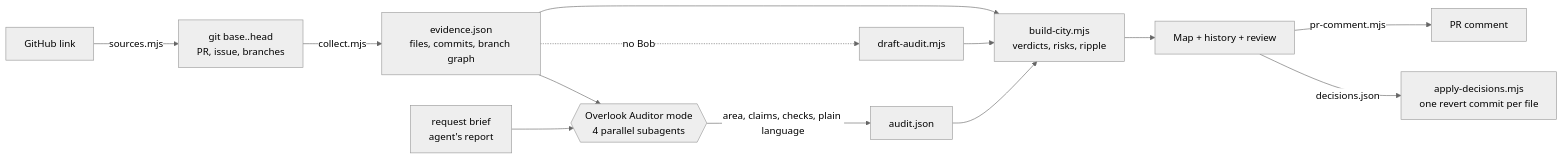
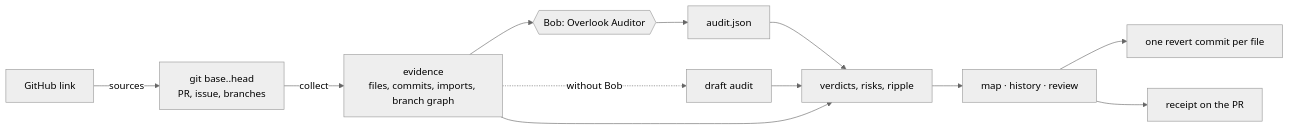
The second of 2 diagrams in README.md (JONGSKY/Overlook), drawn with Mermaid (neutral theme) before and after one commit. The commit also changed other lines of this file and 1 other file, not shown here.

Commit message:
docs: rewrite the README around what reviewers see, real results and how we used Bob

````diff
--- a/README.md
+++ b/README.md
@@ -194,15 +202,14 @@
 ```mermaid
 flowchart LR
-  L[GitHub link] -->|sources.mjs| A[git base..head<br/>PR, issue, branches]
-  A -->|collect.mjs| B[evidence.json<br/>files, commits, branch graph]
-  R[request brief<br/>agent's report] --> C
-  B --> C{{Overlook Auditor mode<br/>4 parallel subagents}}
-  C -->|area, claims, checks, plain language| D[audit.json]
-  B -.no Bob.-> DA[draft-audit.mjs]
-  B --> E[build-city.mjs<br/>verdicts, risks, ripple]
-  D --> E
+  L[GitHub link] -->|sources| A[git base..head<br/>PR, issue, branches]
+  A -->|collect| B[evidence<br/>files, commits, imports, branch graph]
+  B --> C{{Bob: Overlook Auditor}}
+  C --> D[audit.json]
+  B -.without Bob.-> DA[draft audit]
+  D --> E[verdicts, risks, ripple]
   DA --> E
-  E --> F[Map + history + review]
-  F -->|decisions.json| G[apply-decisions.mjs<br/>one revert commit per file]
-  F -->|pr-comment.mjs| H[PR comment]
+  B --> E
+  E --> F[map · history · review]
+  F --> G[one revert commit per file]
+  F --> H[receipt on the PR]
 ```
````
